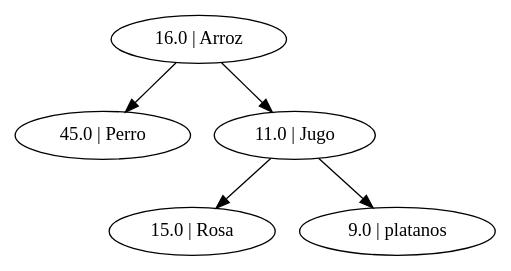
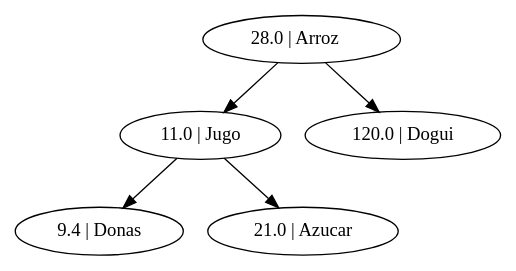
The diagram in Unidad I/PAC III 2019/Proyecto 1/Python/Memoria/test1.dot (BryanBlacks/Algoritmos-y-Estructuras-de-Datos), drawn with Graphviz before and after one commit. The commit also changed 10 other files, not shown here.

```diff
--- a/Unidad I/PAC III 2019/Proyecto 1/Python/Memoria/test1.dot
+++ b/Unidad I/PAC III 2019/Proyecto 1/Python/Memoria/test1.dot
@@ -1,6 +1,6 @@
-strict digraph  {
-	"16.0 | Arroz" -> "45.0 | Perro";
-	"16.0 | Arroz" -> "11.0 | Jugo";
-	"11.0 | Jugo" -> "15.0 | Rosa";
-	"11.0 | Jugo" -> "9.0 | platanos";
+strict digraph "" {
+	"28.0 | Arroz   " -> "11.0 | Jugo";
+	"28.0 | Arroz   " -> "120.0 | Dogui";
+	"11.0 | Jugo" -> "9.4 | Donas";
+	"11.0 | Jugo" -> "21.0 | Azucar";
 }
```
